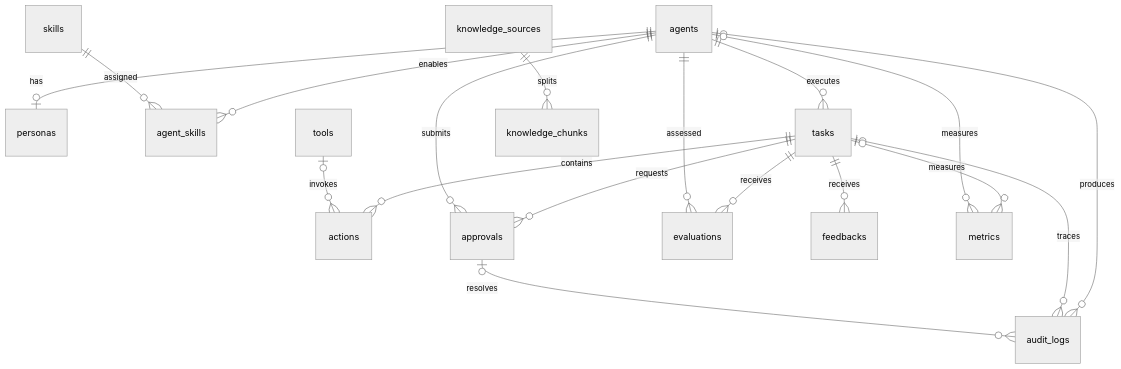
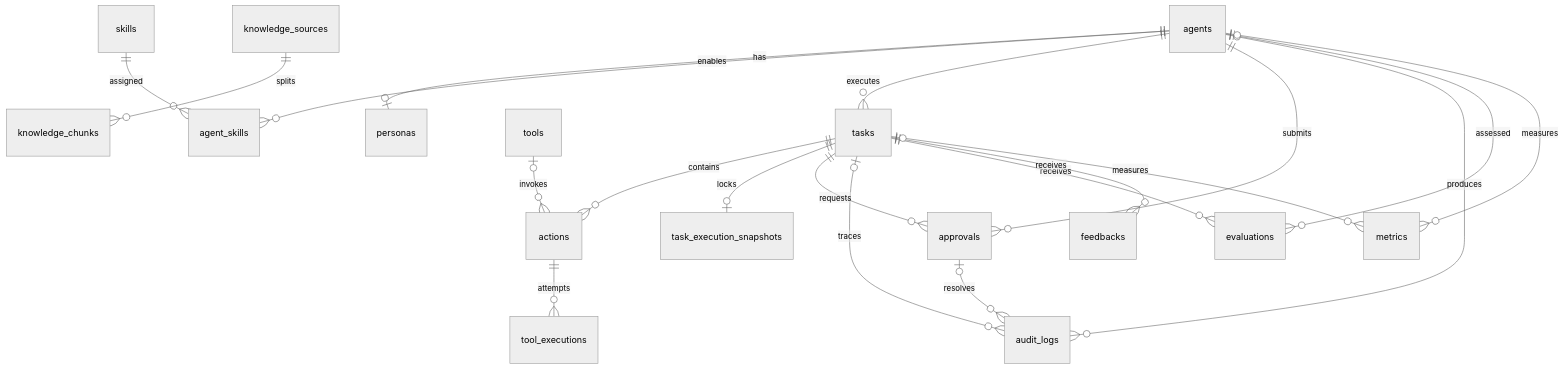
The diagram in docs/AI Employee OS Unified Data Model v1.0.md (kakarrot-dev/AI-Employee-OS), drawn with Mermaid (neutral theme) before and after one commit. The commit also changed other lines of this file and 62 other files, not shown here.

````diff
--- a/docs/AI Employee OS Unified Data Model v1.0.md
+++ b/docs/AI Employee OS Unified Data Model v1.0.md
@@ -37,20 +38,22 @@
 ```mermaid
 erDiagram
     agents ||--o| personas : has
     agents ||--o{ agent_skills : enables
     skills ||--o{ agent_skills : assigned
     agents ||--o{ tasks : executes
     tasks ||--o{ actions : contains
     tools o|--o{ actions : invokes
+    actions ||--o{ tool_executions : attempts
+    tasks ||--o| task_execution_snapshots : locks
     knowledge_sources ||--o{ knowledge_chunks : splits
     tasks ||--o{ approvals : requests
     agents ||--o{ approvals : submits
     agents o|--o{ audit_logs : produces
     tasks o|--o{ audit_logs : traces
     approvals o|--o{ audit_logs : resolves
     tasks ||--o{ evaluations : receives
     agents ||--o{ evaluations : assessed
     tasks ||--o{ feedbacks : receives
     tasks o|--o{ metrics : measures
     agents o|--o{ metrics : measures
 ```
````
